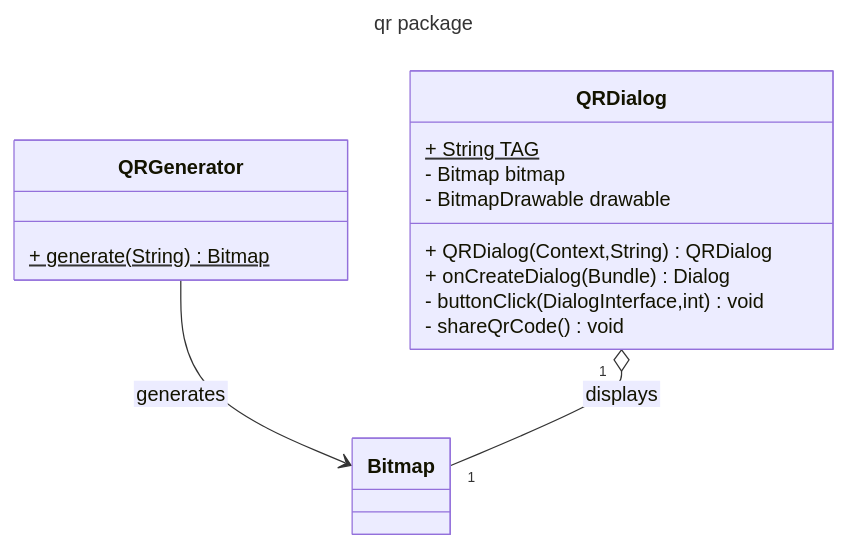
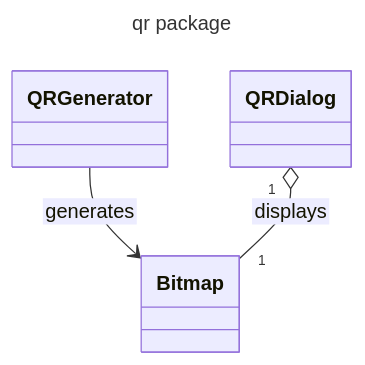
Before and after one commit to CMPUT301F25rocket/rocket-radar: the diagram in doc/uml/qr.mmd, drawn with Mermaid. The commit also changed 6 other files, not shown here.

```diff
--- a/doc/uml/qr.mmd
+++ b/doc/uml/qr.mmd
@@ -1,25 +1,15 @@
 ---
 title: qr package
 config:
   htmlLabels: false
 ---
 
 classDiagram
-class QRDialog { 
-+ String TAG$
-- Bitmap bitmap
-- BitmapDrawable drawable
-+ QRDialog(Context,String) QRDialog 
-+ onCreateDialog(Bundle) Dialog 
-- buttonClick(DialogInterface,int) void 
-- shareQrCode() void 
-}
+class QRDialog 
 
-class QRGenerator { 
-+ generate(String)$ Bitmap 
-}
+class QRGenerator 
 
 class Bitmap
 
 QRGenerator --> Bitmap : generates
 QRDialog "1" o-- "1" Bitmap : displays
```
